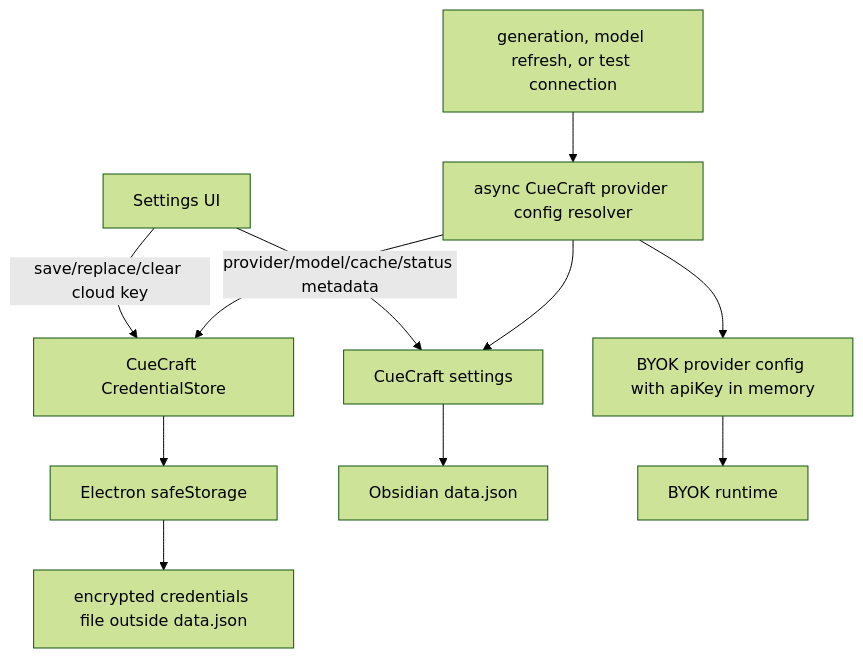
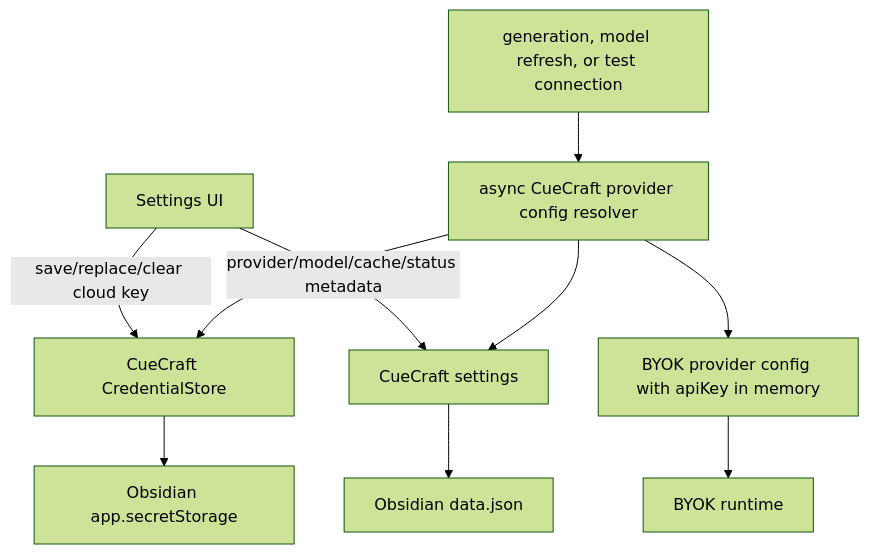
The first of 2 diagrams in docs/plans/2026-06-29-001-feat-secure-byok-credential-storage-plan.md (swartzrock/obsidian-firstrecall-plugin), drawn with Mermaid (forest theme) before and after one commit. The commit also changed other lines of this file and 4 other files, not shown here.

Commit message:
fix(byok): use obsidian secret storage foundation

````diff
--- a/docs/plans/2026-06-29-001-feat-secure-byok-credential-storage-plan.md
+++ b/docs/plans/2026-06-29-001-feat-secure-byok-credential-storage-plan.md
@@ -127,14 +127,13 @@
 ```mermaid
 flowchart TB
   SettingsUI["Settings UI"] -->|save/replace/clear cloud key| CredentialStore["CueCraft CredentialStore"]
-  CredentialStore --> SafeStorage["Electron safeStorage"]
-  SafeStorage --> CredentialsFile["encrypted credentials file outside data.json"]
+  CredentialStore --> SecretStorage["Obsidian app.secretStorage"]
   SettingsUI -->|provider/model/cache/status metadata| PluginSettings["CueCraft settings"]
   PluginSettings --> DataJson["Obsidian data.json"]
 
   RuntimeAction["generation, model refresh, or test connection"] --> ConfigResolver["async CueCraft provider config resolver"]
   ConfigResolver --> CredentialStore
   ConfigResolver --> PluginSettings
   ConfigResolver --> ByokConfig["BYOK provider config with apiKey in memory"]
   ByokConfig --> ByokRuntime["BYOK runtime"]
 ```
````
